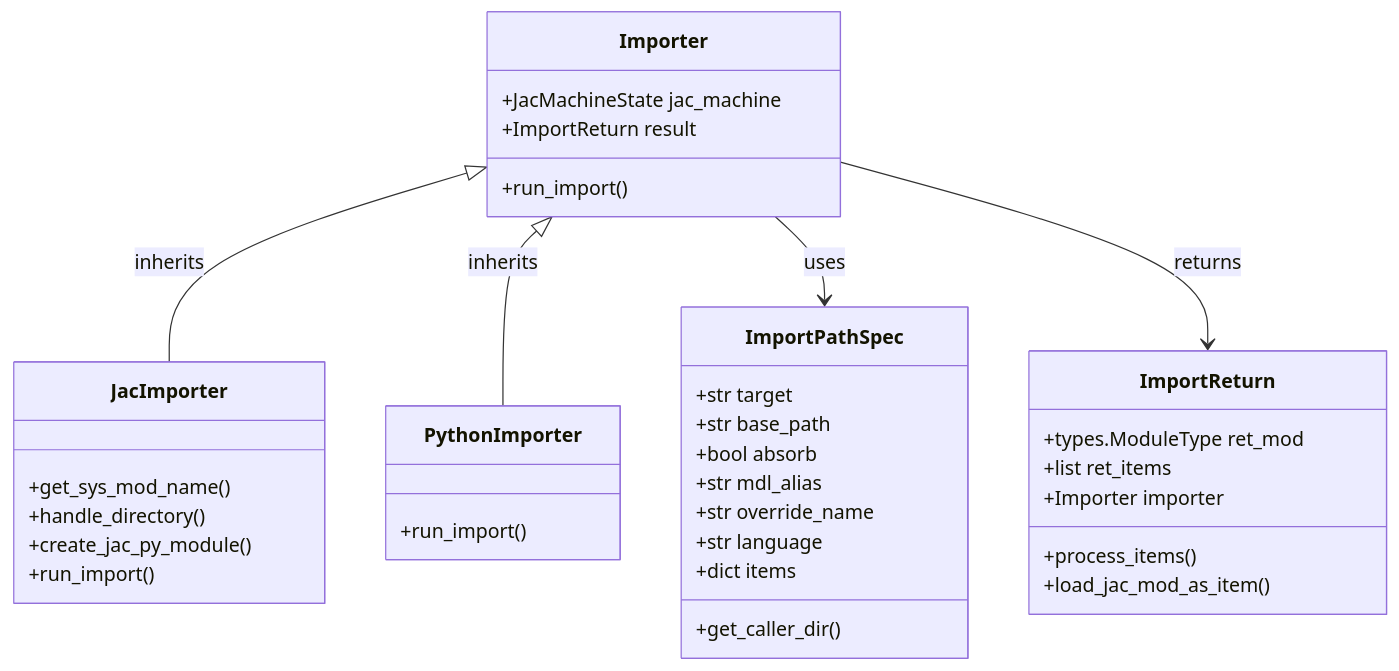
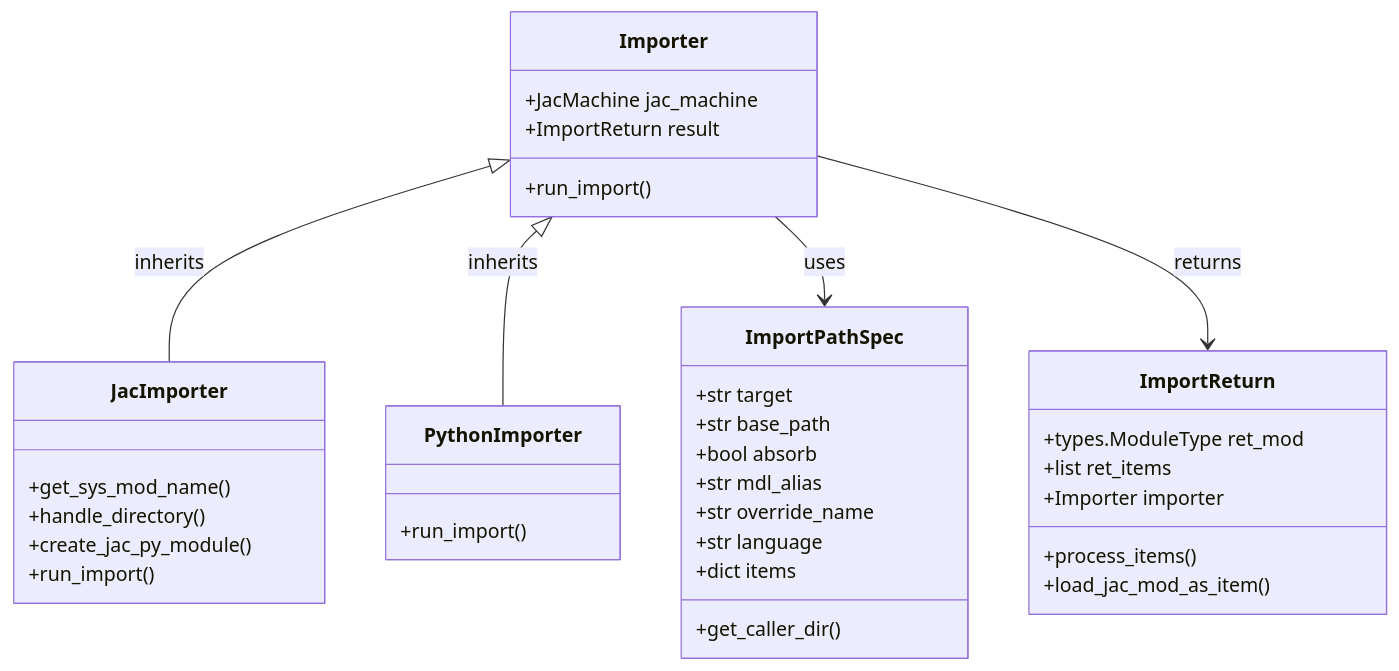
One commit to Jaseci-Labs/jaseci changed the eighth of 13 diagrams in docs/docs/internals/internals.md. Above: the diagram before and after it, drawn with Mermaid. The commit also changed other lines of this file and 23 other files, not shown here.

````diff
--- a/docs/docs/internals/internals.md
+++ b/docs/docs/internals/internals.md
@@ -483,43 +483,43 @@
 ```mermaid
 classDiagram
     class Importer {
-        +JacMachineState jac_machine
+        +JacMachine jac_machine
         +ImportReturn result
         +run_import()
     }
 
     class JacImporter {
         +get_sys_mod_name()
         +handle_directory()
         +create_jac_py_module()
         +run_import()
     }
 
     class PythonImporter {
         +run_import()
     }
 
     class ImportPathSpec {
         +str target
         +str base_path
         +bool absorb
         +str mdl_alias
         +str override_name
         +str language
         +dict items
         +get_caller_dir()
     }
 
     class ImportReturn {
         +types.ModuleType ret_mod
         +list ret_items
         +Importer importer
         +process_items()
         +load_jac_mod_as_item()
     }
 
     Importer <|-- JacImporter : inherits
     Importer <|-- PythonImporter : inherits
     Importer --> ImportPathSpec : uses
     Importer --> ImportReturn : returns
 ```
````
